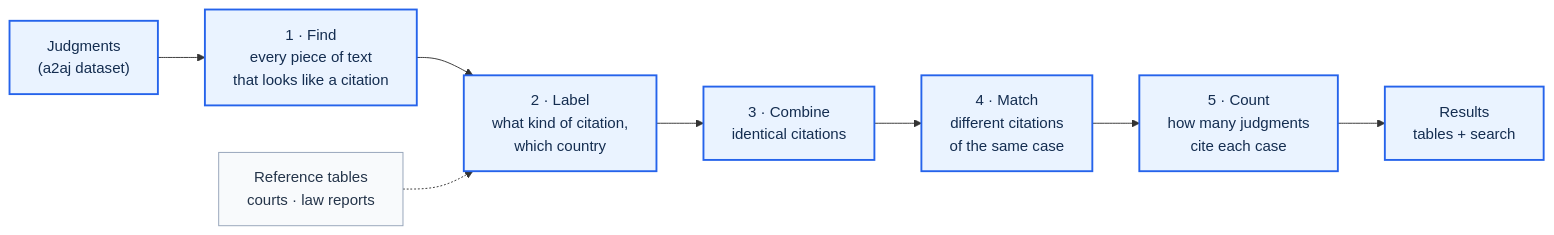
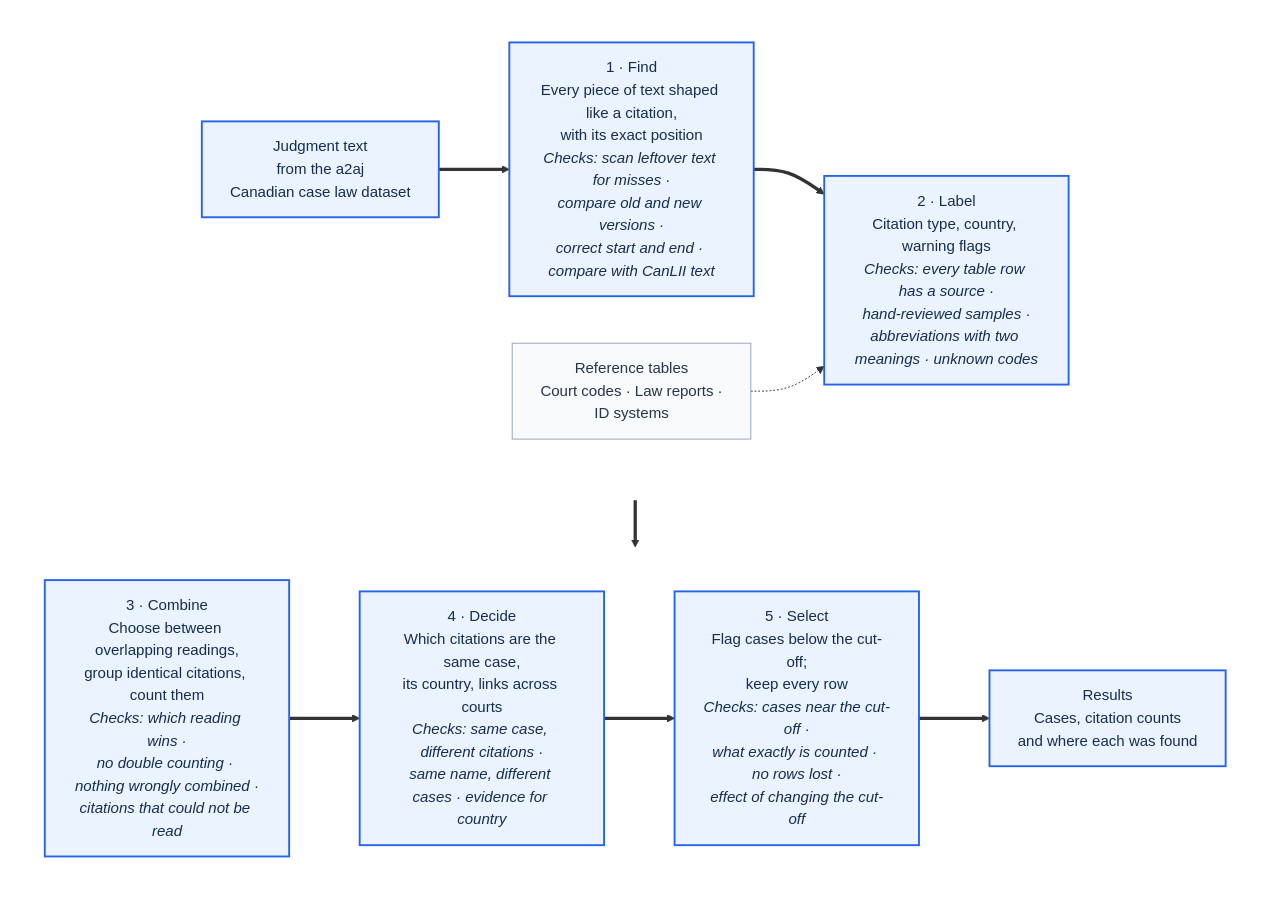
One commit to yubow47-bot/case-citation-pipeline changed the first of 2 diagrams in README.md. Above: the diagram before and after it, drawn with Mermaid. The commit also changed other lines of this file, not shown here.

````diff
--- a/README.md
+++ b/README.md
@@ -70,19 +78,30 @@
 ```mermaid
-flowchart LR
-    J["Judgments<br/>(a2aj dataset)"]
-    E["1 · Find<br/>every piece of text<br/>that looks like a citation"]
-    C["2 · Label<br/>what kind of citation,<br/>which country"]
-    M["3 · Combine<br/>identical citations"]
-    D["4 · Match<br/>different citations<br/>of the same case"]
-    S["5 · Count<br/>how many judgments<br/>cite each case"]
-    O["Results<br/>tables + search"]
-    T["Reference tables<br/>courts · law reports"]
+flowchart TB
+    subgraph ROW1[" "]
+        direction LR
+        J["Judgment text<br/>from the a2aj<br/>Canadian case law dataset"]
+        E["1 · Find<br/>Every piece of text shaped like a citation,<br/>with its exact position<br/><i>Checks: scan leftover text for misses ·<br/>compare old and new versions ·<br/>correct start and end · compare with CanLII text</i>"]
+        C["2 · Label<br/>Citation type, country, warning flags<br/><i>Checks: every table row has a source ·<br/>hand-reviewed samples ·<br/>abbreviations with two meanings · unknown codes</i>"]
+        T["Reference tables<br/>Court codes · Law reports ·<br/>ID systems"]
+        J ==> E ==> C
+        T -.-> C
+    end
 
-    J --> E --> C --> M --> D --> S --> O
-    T -.-> C
+    subgraph ROW2[" "]
+        direction LR
+        M["3 · Combine<br/>Choose between overlapping readings,<br/>group identical citations, count them<br/><i>Checks: which reading wins ·<br/>no double counting · nothing wrongly combined ·<br/>citations that could not be read</i>"]
+        D["4 · Decide<br/>Which citations are the same case,<br/>its country, links across courts<br/><i>Checks: same case, different citations ·<br/>same name, different cases · evidence for country</i>"]
+        S["5 · Select<br/>Flag cases below the cut-off;<br/>keep every row<br/><i>Checks: cases near the cut-off ·<br/>what exactly is counted · no rows lost ·<br/>effect of changing the cut-off</i>"]
+        O["Results<br/>Cases, citation counts<br/>and where each was found"]
+        M ==> D ==> S ==> O
+    end
+
+    ROW1 ==> ROW2
 
     classDef main fill:#eaf3ff,stroke:#2563eb,stroke-width:2px,color:#142d50;
     classDef support fill:#f8fafc,stroke:#94a3b8,color:#25354a;
     class J,E,C,M,D,S,O main;
     class T support;
+    style ROW1 fill:none,stroke:none
+    style ROW2 fill:none,stroke:none
 ```
````
